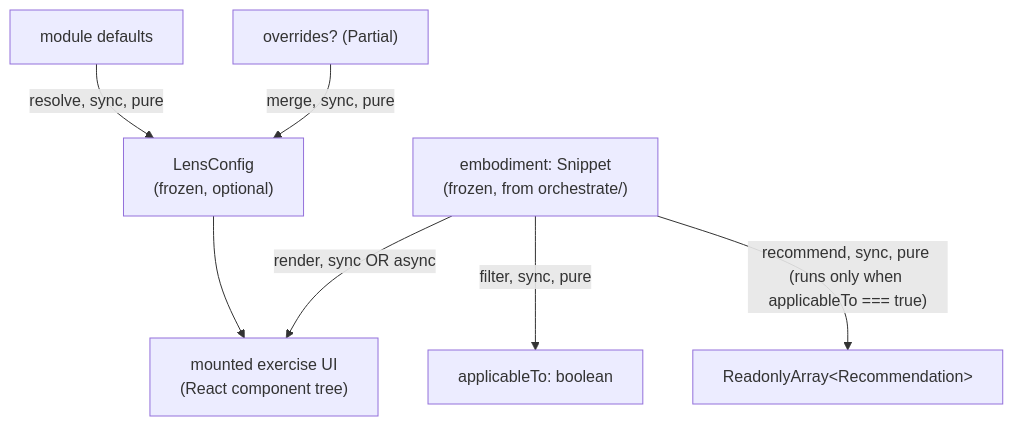
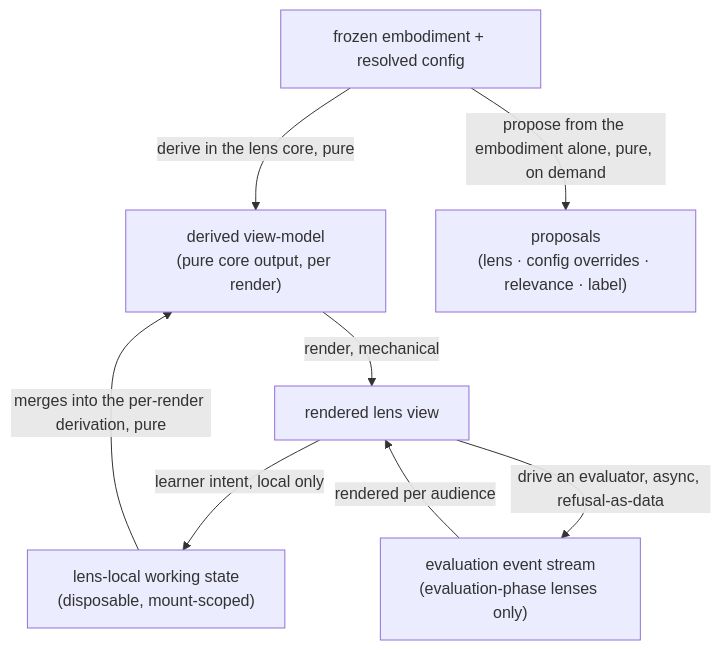
One commit to codeschoolinabox/curricula changed the diagram in src/lib/study-lenses/lenses/DOCS.md. Above: the diagram before and after it, drawn with Mermaid. The commit also changed other lines of this file and 2 other files, not shown here.

Commit message:
docs: establish lenses region domain model, lens-kind contract, and architectural sketch

````diff
--- a/src/lib/study-lenses/lenses/DOCS.md
+++ b/src/lib/study-lenses/lenses/DOCS.md
@@ -77,16 +48,16 @@
 ```mermaid
 flowchart TD
-    Embodiment["embodiment: Snippet<br/>(frozen, from orchestrate/)"]
-    Cfg["LensConfig<br/>(frozen, optional)"]
-    Defaults["module defaults"]
-    Overrides["overrides? (Partial)"]
-
-    Defaults -->|"resolve, sync, pure"| Cfg
-    Overrides -->|"merge, sync, pure"| Cfg
-
-    Cfg --> ExerciseUI["mounted exercise UI<br/>(React component tree)"]
-    Embodiment -->|"render, sync OR async"| ExerciseUI
-
-    Embodiment -->|"filter, sync, pure"| Applicable["applicableTo: boolean"]
-    Embodiment -->|"recommend, sync, pure (runs only when applicableTo === true)"| Recs["ReadonlyArray&lt;Recommendation&gt;"]
+    INP["frozen embodiment + resolved config"]
+    LOC["lens-local working state<br/>(disposable, mount-scoped)"]
+    VM["derived view-model<br/>(pure core output, per render)"]
+    VIEW["rendered lens view"]
+    EVT["evaluation event stream<br/>(evaluation-phase lenses only)"]
+    REC["proposals<br/>(lens · config overrides · relevance · label)"]
+    INP -->|"derive in the lens core, pure"| VM
+    LOC -->|"merges into the per-render derivation, pure"| VM
+    VM -->|"render, mechanical"| VIEW
+    VIEW -->|"learner intent, local only"| LOC
+    VIEW -->|"drive an evaluator, async, refusal-as-data"| EVT
+    EVT -->|"rendered per audience"| VIEW
+    INP -->|"propose from the embodiment alone, pure, on demand"| REC
 ```
````
